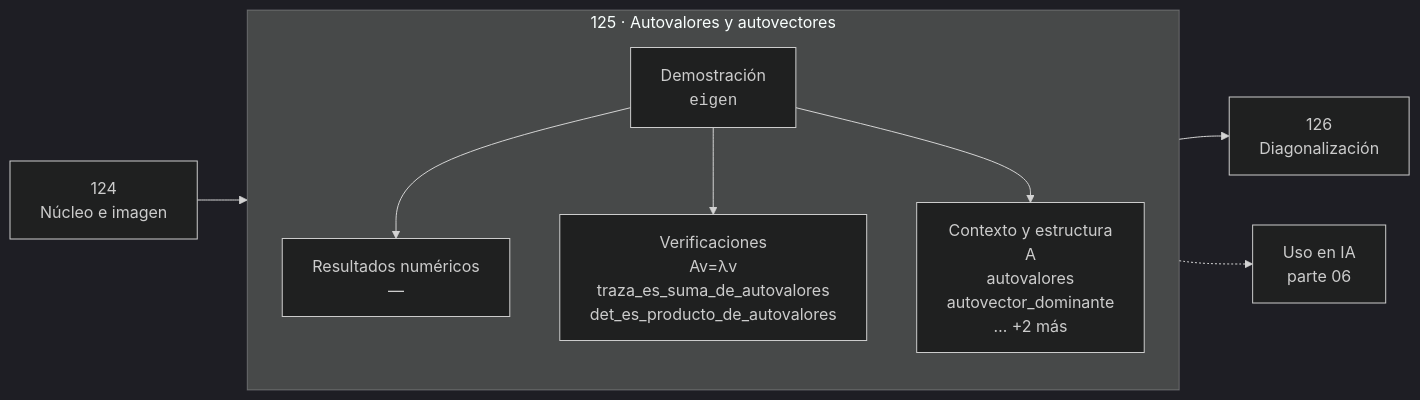
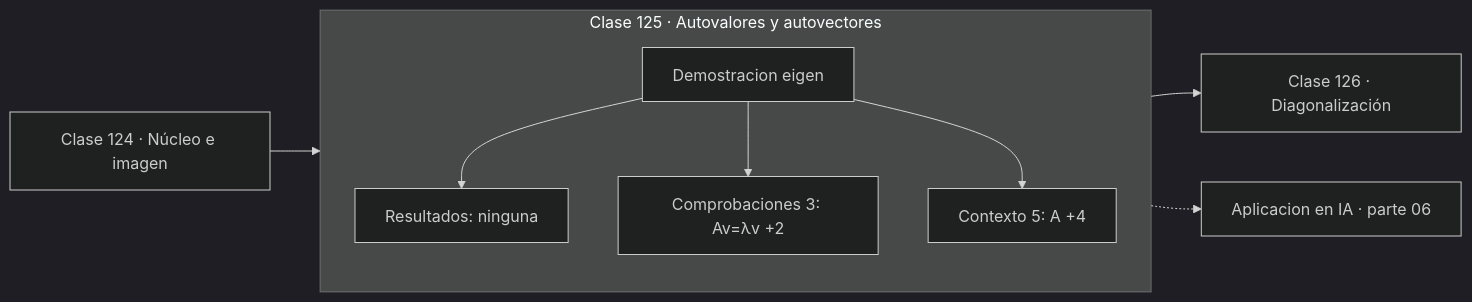
Before and after one commit to vladimiracunadev-create/computational-mathematics-program: the diagram in classes/part-06-algebra-lineal-ii-descomposiciones-y-tensores/125-autovalores-y-autovectores/README.md, drawn with Mermaid (dark theme). The commit also changed 389 other files, not shown here.

First line of the commit message:
fix(diagramas): elimina el HTML de las etiquetas Mermaid

````diff
--- a/classes/part-06-algebra-lineal-ii-descomposiciones-y-tensores/125-autovalores-y-autovectores/README.md
+++ b/classes/part-06-algebra-lineal-ii-descomposiciones-y-tensores/125-autovalores-y-autovectores/README.md
@@ -30,12 +30,13 @@
 ```mermaid
 flowchart LR
-    P["124<br/>Núcleo e imagen"] --> C
-    subgraph C["125 · Autovalores y autovectores"]
+    P["Clase 124 · Núcleo e imagen"] --> D
+    subgraph CLASE["Clase 125 · Autovalores y autovectores"]
         direction TB
-        D["Demostración<br/><code>eigen</code>"] --> R["Resultados numéricos<br/>—"]
-        D --> V["Verificaciones<br/>Av=λv<br/>traza_es_suma_de_autovalores<br/>det_es_producto_de_autovalores"]
-        D --> O["Contexto y estructura<br/>A<br/>autovalores<br/>autovector_dominante<br/>… +2 más"]
+        D["Demostracion eigen"]
+        D --> R["Resultados: ninguna"]
+        D --> V["Comprobaciones 3: Av=λv +2"]
+        D --> O["Contexto 5: A +4"]
     end
-    C --> N["126<br/>Diagonalización"]
-    C -.-> IA["Uso en IA<br/>parte 06"]
+    R --> N["Clase 126 · Diagonalización"]
+    V -.-> IA["Aplicacion en IA · parte 06"]
 ```
````
